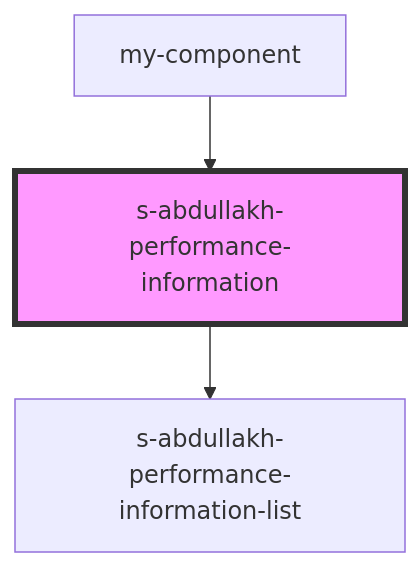
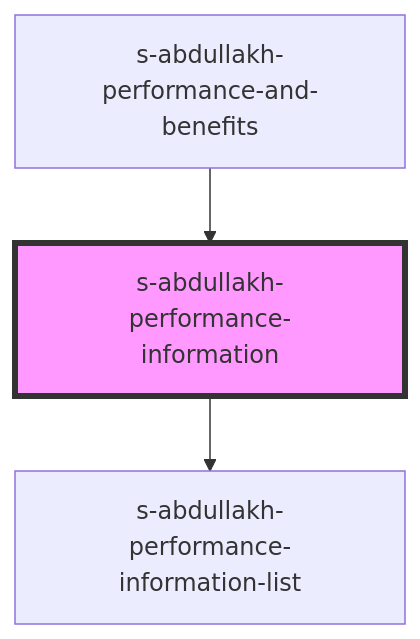
Before and after one commit to Wokh-Dada/botdevelopmentapp: the diagram in src/components/s-abdullakh-performance-and-benefits/res/view/s-abdullakh-performance-information/readme.md, drawn with Mermaid. The commit also changed other lines of this file and 23 other files, not shown here.

````diff
--- a/src/components/s-abdullakh-performance-and-benefits/res/view/s-abdullakh-performance-information/readme.md
+++ b/src/components/s-abdullakh-performance-and-benefits/res/view/s-abdullakh-performance-information/readme.md
@@ -34,6 +34,6 @@
 ```mermaid
 graph TD;
   s-abdullakh-performance-information --> s-abdullakh-performance-information-list
-  my-component --> s-abdullakh-performance-information
+  s-abdullakh-performance-and-benefits --> s-abdullakh-performance-information
   style s-abdullakh-performance-information fill:#f9f,stroke:#333,stroke-width:4px
 ```
````
